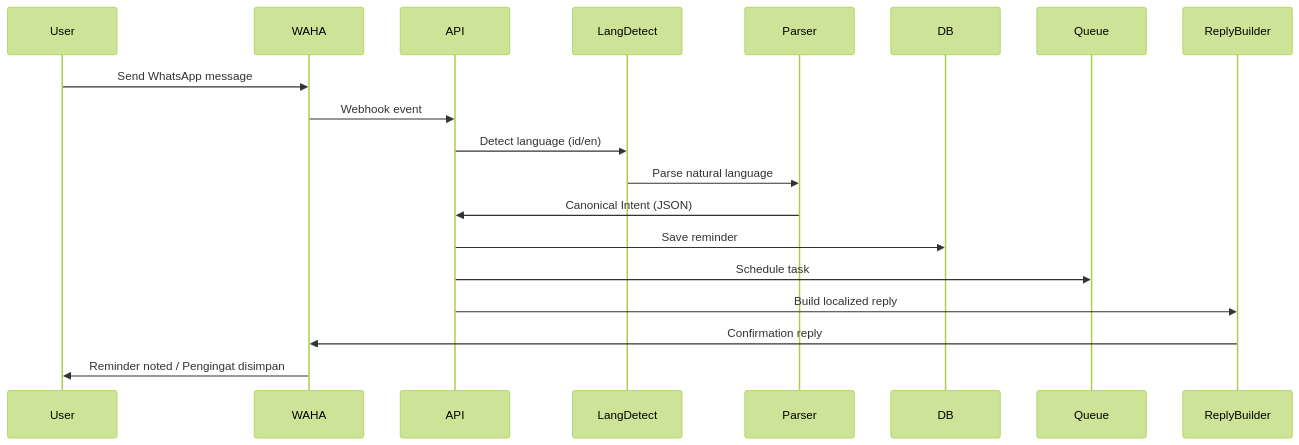
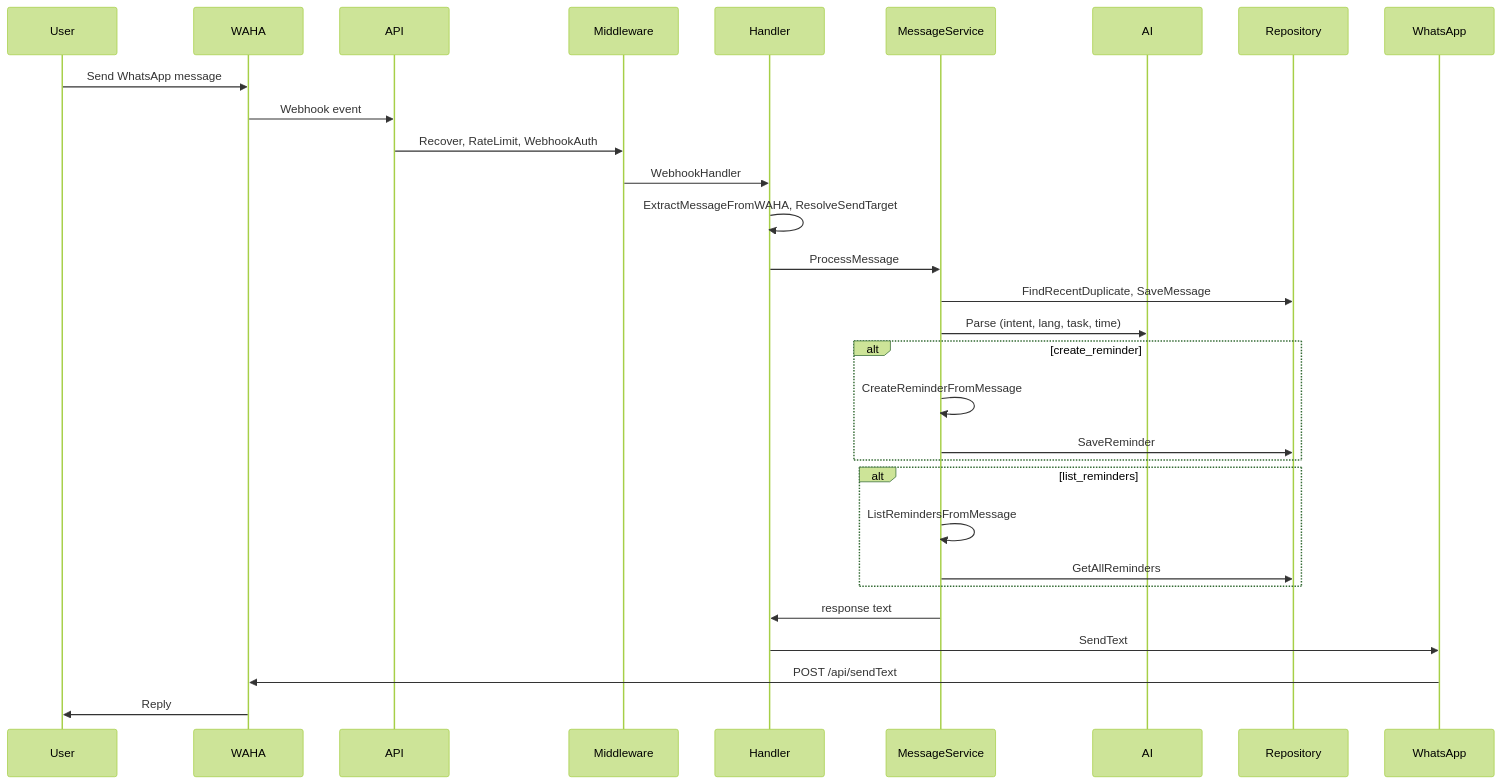
One commit to nazhifsetya27/Nemoris changed the fourth of 5 diagrams in docs/architecture.md. Above: the diagram before and after it, drawn with Mermaid (forest theme). The commit also changed other lines of this file and 5 other files, not shown here.

````diff
--- a/docs/architecture.md
+++ b/docs/architecture.md
@@ -251,23 +291,34 @@
 ```mermaid
 sequenceDiagram
 
 participant User
 participant WAHA
 participant API
-participant LangDetect
-participant Parser
-participant DB
-participant Queue
-participant ReplyBuilder
+participant Middleware
+participant Handler
+participant MessageService
+participant AI
+participant Repository
+participant WhatsApp
 
 User->>WAHA: Send WhatsApp message
 WAHA->>API: Webhook event
-API->>LangDetect: Detect language (id/en)
-LangDetect->>Parser: Parse natural language
-Parser->>API: Canonical Intent (JSON)
-API->>DB: Save reminder
-API->>Queue: Schedule task
-API->>ReplyBuilder: Build localized reply
-ReplyBuilder->>WAHA: Confirmation reply
-WAHA->>User: Reminder noted / Pengingat disimpan
+API->>Middleware: Recover, RateLimit, WebhookAuth
+Middleware->>Handler: WebhookHandler
+Handler->>Handler: ExtractMessageFromWAHA, ResolveSendTarget
+Handler->>MessageService: ProcessMessage
+MessageService->>Repository: FindRecentDuplicate, SaveMessage
+MessageService->>AI: Parse (intent, lang, task, time)
+alt create_reminder
+  MessageService->>MessageService: CreateReminderFromMessage
+  MessageService->>Repository: SaveReminder
+end
+alt list_reminders
+  MessageService->>MessageService: ListRemindersFromMessage
+  MessageService->>Repository: GetAllReminders
+end
+MessageService->>Handler: response text
+Handler->>WhatsApp: SendText
+WhatsApp->>WAHA: POST /api/sendText
+WAHA->>User: Reply
 ```
````
